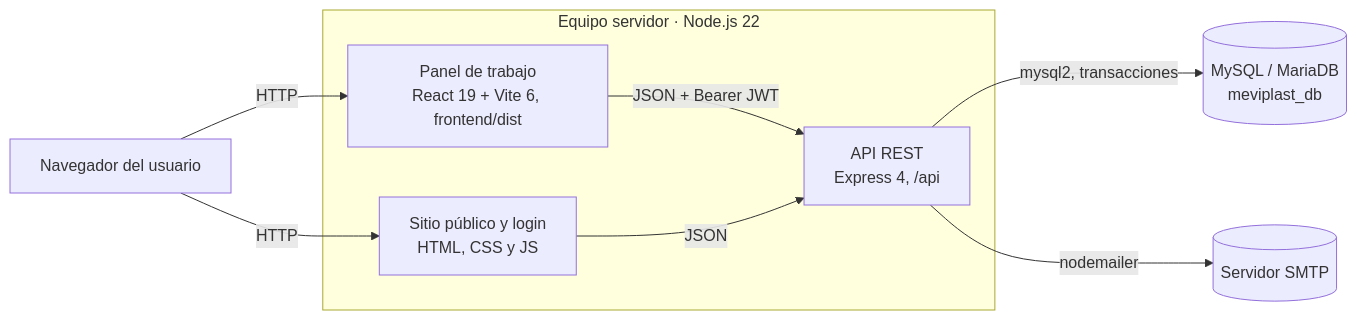
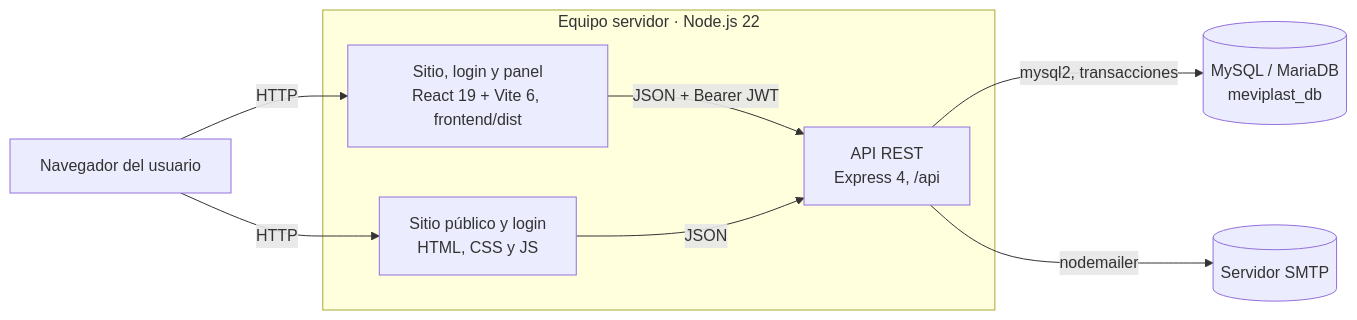
Before and after one commit to Pafuna08/MEVIPLAST-NODEJS: the second of 5 diagrams in docs/architecture/diagramas.md, drawn with Mermaid. The commit also changed 8 other files, not shown here.

````diff
--- a/docs/architecture/diagramas.md
+++ b/docs/architecture/diagramas.md
@@ -24,17 +24,17 @@
 ```mermaid
 flowchart LR
   NAV[Navegador del usuario]
   subgraph SRV[Equipo servidor · Node.js 22]
     WEB[Sitio público y login<br/>HTML, CSS y JS]
-    SPA[Panel de trabajo<br/>React 19 + Vite 6, frontend/dist]
+    SPA[Sitio, login y panel<br/>React 19 + Vite 6, frontend/dist]
     API[API REST<br/>Express 4, /api]
   end
   DB[(MySQL / MariaDB<br/>meviplast_db)]
   SMTP[(Servidor SMTP)]
   NAV -->|HTTP| WEB
   NAV -->|HTTP| SPA
   SPA -->|JSON + Bearer JWT| API
   WEB -->|JSON| API
   API -->|mysql2, transacciones| DB
   API -->|nodemailer| SMTP
 ```
````
